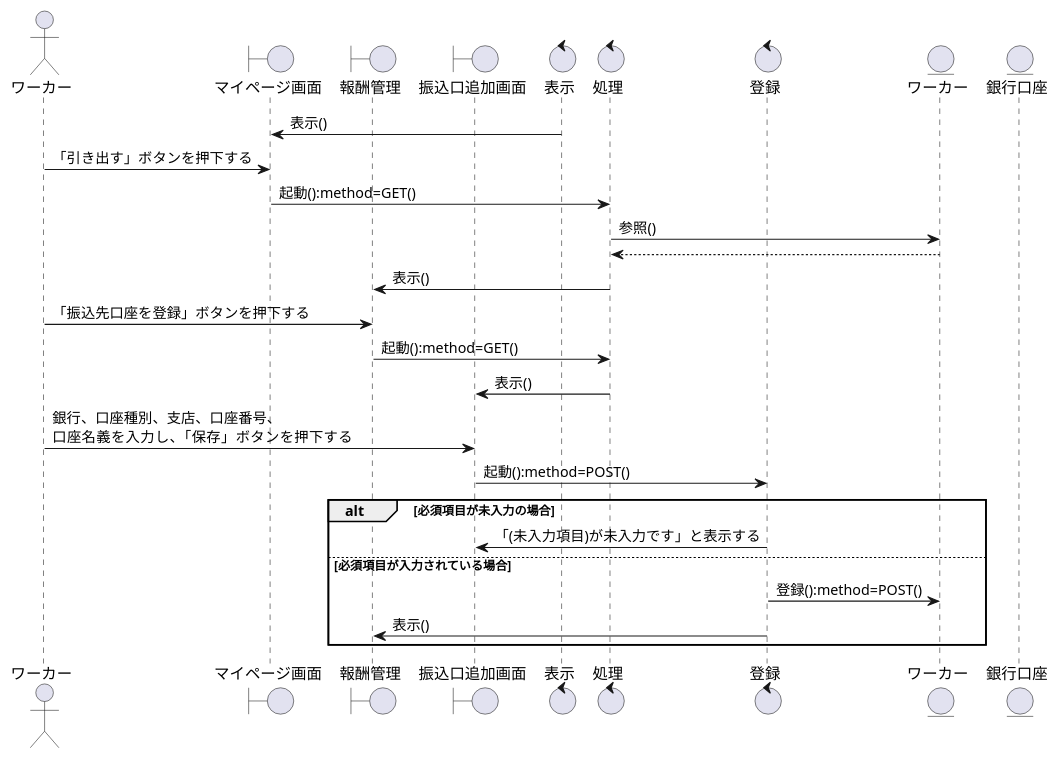
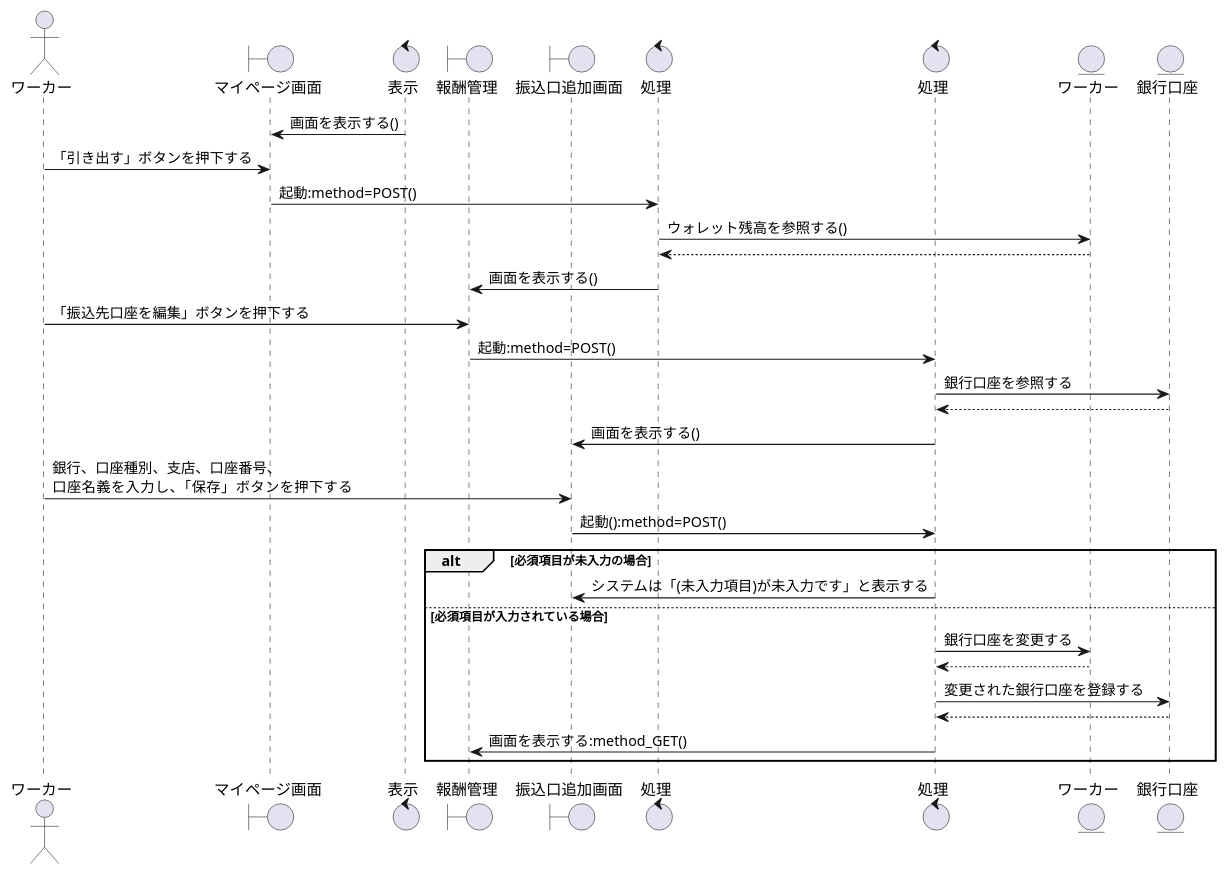
Before and after one commit to irukacb256/high_Me: the diagram in sequence_fig/7_acconts_fn/05_口座の編集をする.pu, drawn with PlantUML. The commit also changed 10 other files, not shown here.

```diff
--- a/sequence_fig/7_acconts_fn/05_口座の編集をする.pu
+++ b/sequence_fig/7_acconts_fn/05_口座の編集をする.pu
@@ -1,39 +1,45 @@
 @startuml 口座の編集をする
 
 actor ワーカー as wo1
 
 boundary マイページ画面 as bo1
 
 boundary 報酬管理 as bo1
+control 表示 as co1
 boundary 報酬管理 as bo2
 boundary 振込口追加画面 as bo3
 
-control 表示 as co1
 control 処理 as co2
-control 登録 as co3
+control 処理 as co3
 
 entity ワーカー as en1
 entity 銀行口座 as en2
 
-co1 -> bo1:表示()
+co1 -> bo1: 画面を表示する()
 wo1 -> bo1:「引き出す」ボタンを押下する
-bo1 -> co2:起動():method=GET()
-co2 -> en1:参照()
+bo1 -> co2: 起動:method=POST()
+co2 -> en1: ウォレット残高を参照する()
 en1 --> co2
 
-co2 -> bo2:表示()
-wo1 -> bo2:「振込先口座を登録」ボタンを押下する
-bo2 -> co2:起動():method=GET()
-co2 -> bo3:表示()
+co2 -> bo2: 画面を表示する()
+wo1 -> bo2:「振込先口座を編集」ボタンを押下する
+bo2 -> co3: 起動:method=POST()
+co3 -> en2: 銀行口座を参照する
+co3 <-- en2
+co3 -> bo3: 画面を表示する() 
 wo1 -> bo3:銀行、口座種別、支店、口座番号、\n口座名義を入力し、「保存」ボタンを押下する
 bo3 -> co3:起動():method=POST()
+
 alt 必須項目が未入力の場合
-    co3 -> bo3:「(未入力項目)が未入力です」と表示する
+    co3 -> bo3:システムは「(未入力項目)が未入力です」と表示する
 
 else 必須項目が入力されている場合
-    co3 -> en1:登録():method=POST()
-    co3 -> bo2:表示()
+    co3 -> en1: 銀行口座を変更する  
+    co3 <-- en1
+    co3 -> en2 : 変更された銀行口座を登録する
+    co3 <-- en2
+    co3 -> bo2:画面を表示する:method_GET()
 
 end
 
 @enduml
```
